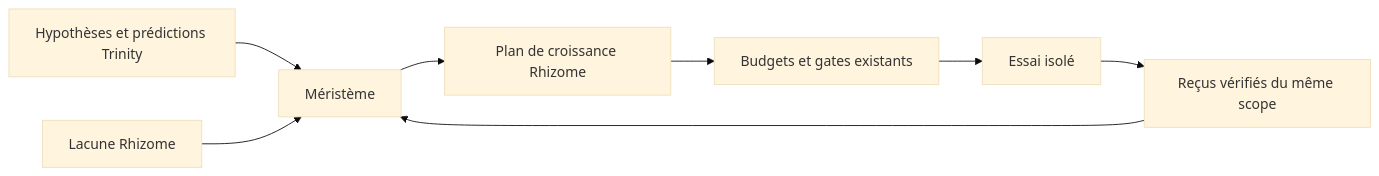
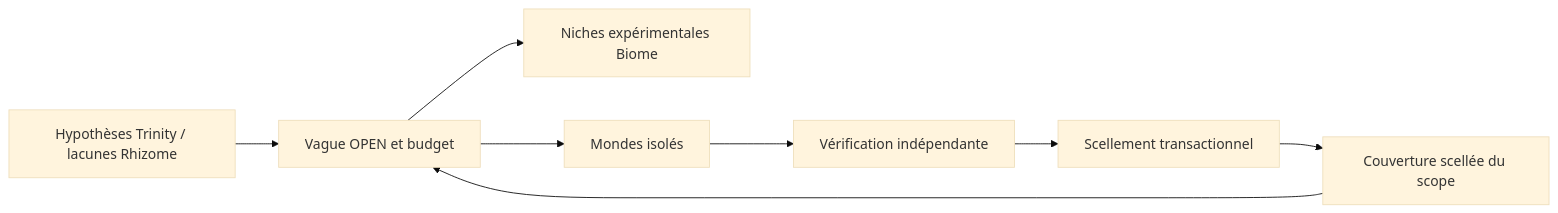
The diagram in docs/02-orchestration/meristeme-epistemique.md (PISSARAW/GenOS), drawn with Mermaid (base theme) before and after one commit. The commit also changed other lines of this file and 67 other files, not shown here.

````diff
--- a/docs/02-orchestration/meristeme-epistemique.md
+++ b/docs/02-orchestration/meristeme-epistemique.md
@@ -48,10 +45,10 @@
 ```mermaid
 flowchart LR
-  H[Hypothèses et prédictions Trinity] --> M[Méristème]
-  G[Lacune Rhizome] --> M
-  R[Reçus vérifiés du même scope] --> M
-  M --> P[Plan de croissance Rhizome]
-  P --> V[Budgets et gates existants]
-  V --> E[Essai isolé]
-  E --> R
+  H[Hypothèses Trinity / lacunes Rhizome] --> O[Vague OPEN et budget]
+  C[Couverture scellée du scope] --> O
+  O --> N[Niches expérimentales Biome]
+  O --> W[Mondes isolés]
+  W --> V[Vérification indépendante]
+  V --> S[Scellement transactionnel]
+  S --> C
 ```
````
